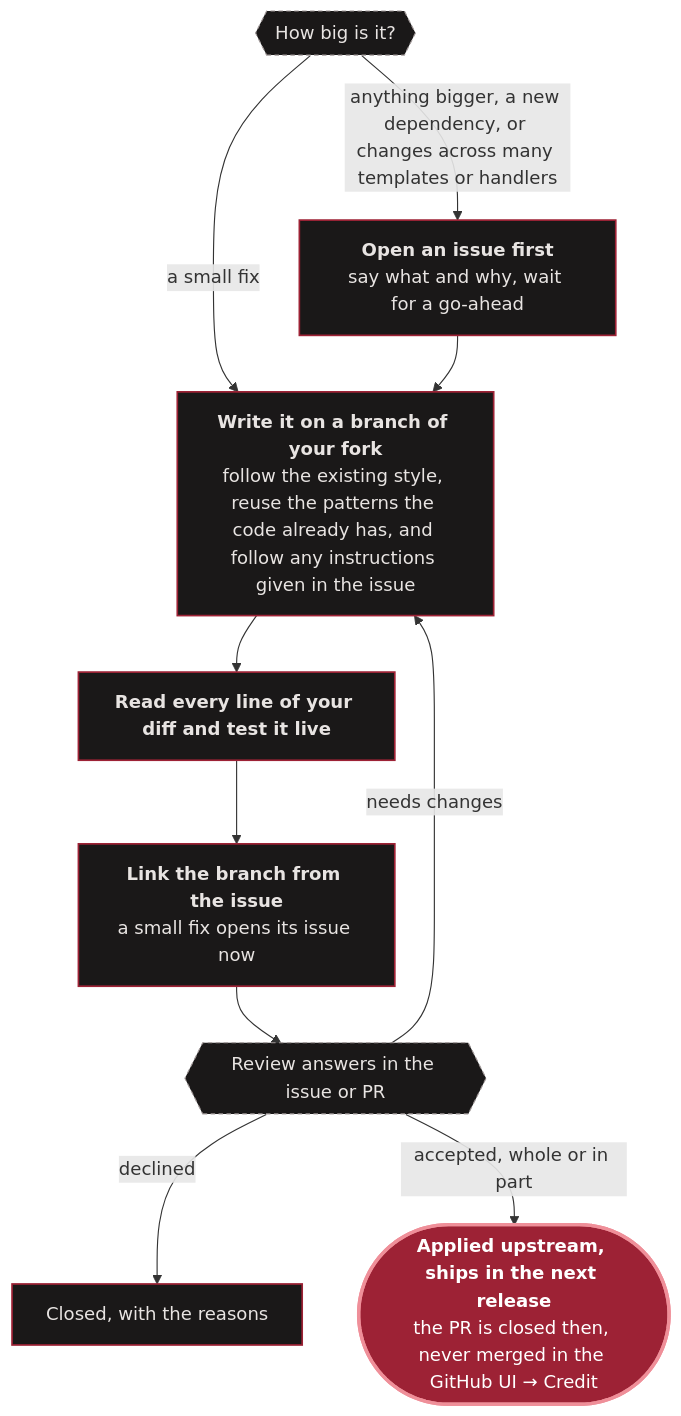
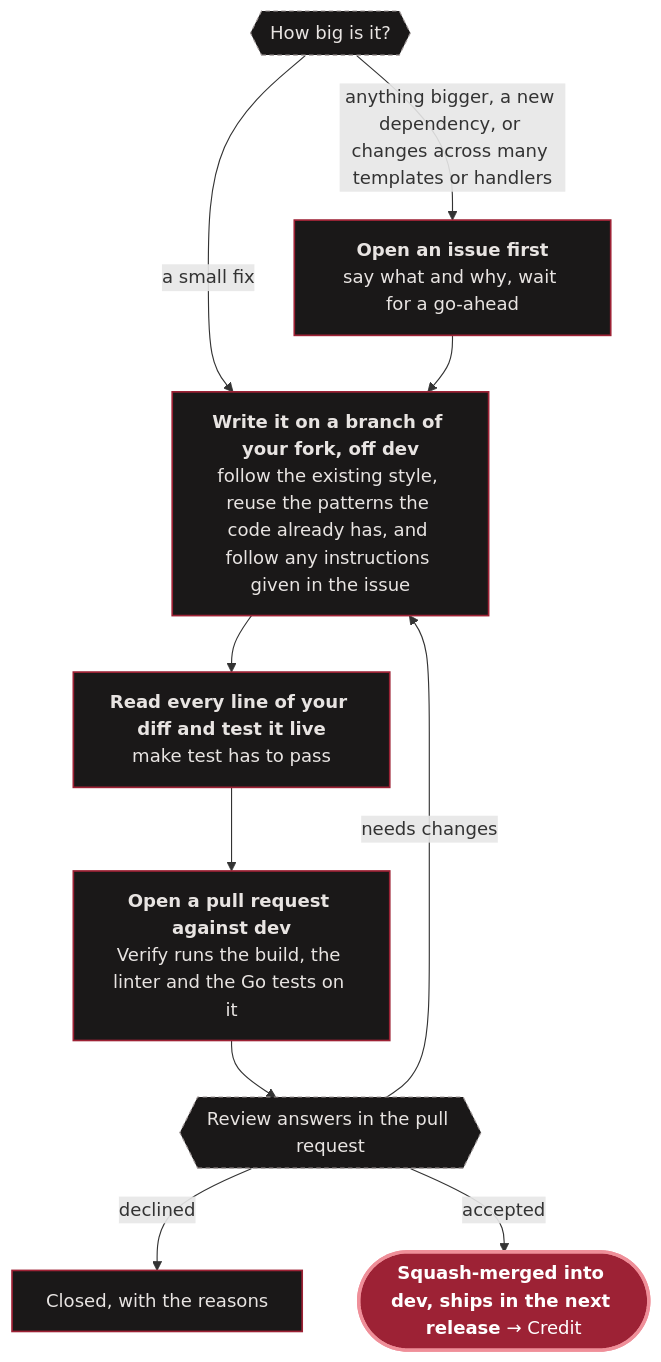
The fourth of 8 diagrams in CONTRIBUTING.md (monbooru/monbooru), drawn with Mermaid before and after one commit. The commit also changed other lines of this file and 136 other files, not shown here.

````diff
--- a/CONTRIBUTING.md
+++ b/CONTRIBUTING.md
@@ -108,33 +128,33 @@
 ```mermaid
 ---
 config:
   layout: dagre
   flowchart:
     wrappingWidth: 220
 ---
 flowchart TD
     size{{"How big is it?"}}
     size -->|"a small fix"| branch
     size -->|"anything bigger, a new dependency, or changes across many templates or handlers"| ask["`**Open an issue first**
     say what and why, wait for a go-ahead`"]
-    ask --> branch["`**Write it on a branch of your fork**
+    ask --> branch["`**Write it on a branch of your fork, off dev**
     follow the existing style, reuse the patterns the code already has, and follow any instructions given in the issue`"]
-    branch --> self["`**Read every line of your diff and test it live**`"]
-    self --> link["`**Link the branch from the issue**
-    a small fix opens its issue now`"]
-    link --> review{{"Review answers in the issue or PR"}}
+    branch --> self["`**Read every line of your diff and test it live**
+    make test has to pass`"]
+    self --> pr["`**Open a pull request against dev**
+    Verify runs the build, the linter and the Go tests on it`"]
+    pr --> review{{"Review answers in the pull request"}}
     review -->|"needs changes"| branch
     review -->|"declined"| declined["`Closed, with the reasons`"]
-    review -->|"accepted, whole or in part"| ship(["`**Applied upstream, ships in the next release**
-    the PR is closed then, never merged in the GitHub UI → Credit`"])
+    review -->|"accepted"| ship(["`**Squash-merged into dev, ships in the next release** → Credit`"])
 
     class ship hub;
-    class ask,branch,self,link,declined step;
+    class ask,branch,self,pr,declined step;
     class size,review ask;
 
     classDef hub  fill:#9d2235,stroke:#ef8f99,stroke-width:3px,color:#ffffff;
     classDef case fill:#3a161c,stroke:#ef8f99,stroke-width:1.5px,color:#ffffff;
     classDef step fill:#1a1818,stroke:#9d2235,stroke-width:1.5px,color:#e8e4e2;
     classDef ask  fill:#1a1818,stroke:#a09898,stroke-width:1px,stroke-dasharray:4 3,color:#e8e4e2;
     classDef repo fill:#1a1818,stroke:#a09898,stroke-width:1px,color:#a09898;
 ```
````
